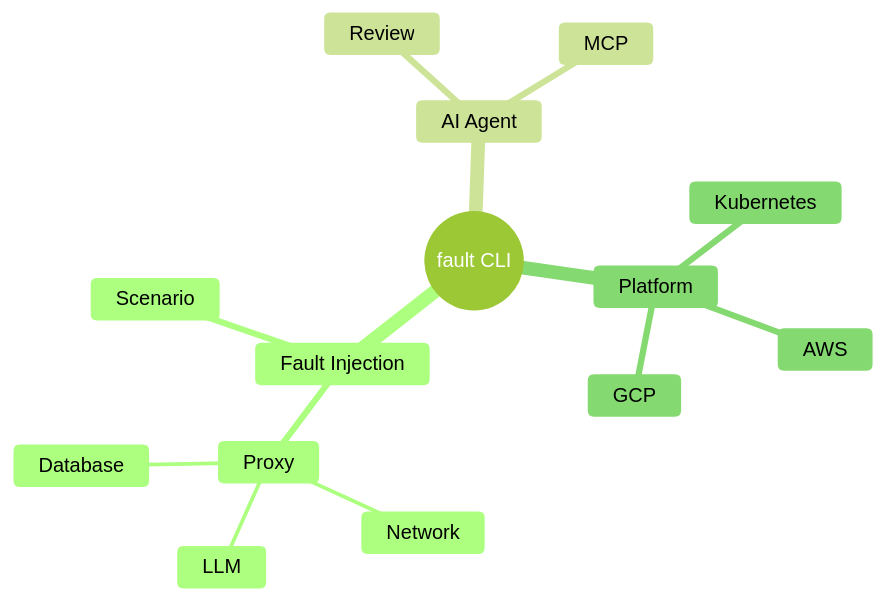
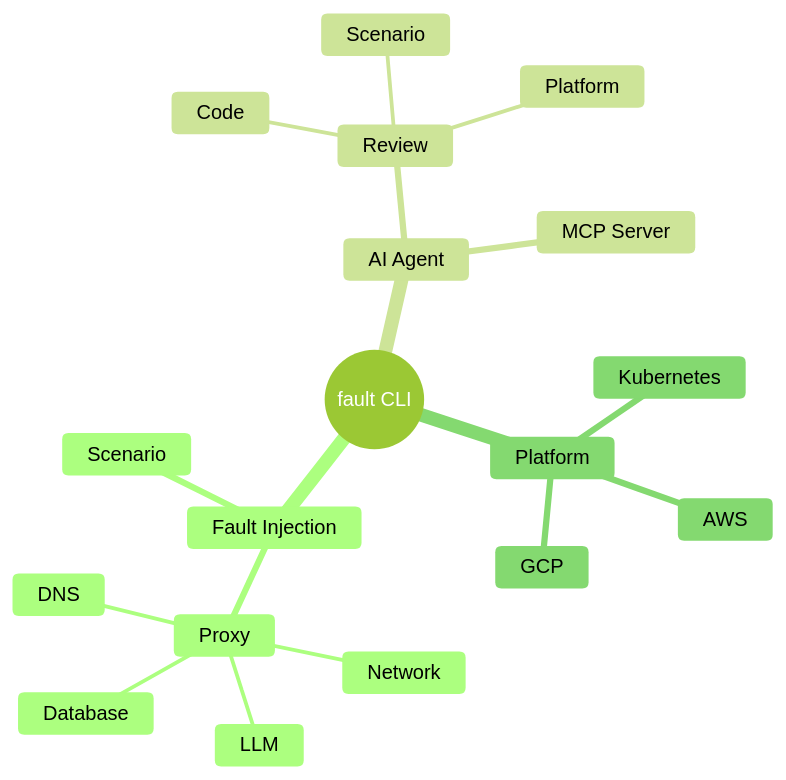
The diagram in docs/tutorials/tldr.md (fault-project/fault-www), drawn with Mermaid before and after one commit. The commit also changed other lines of this file, not shown here.

````diff
--- a/docs/tutorials/tldr.md
+++ b/docs/tutorials/tldr.md
@@ -16,21 +16,25 @@
 ```mermaid
 ---
 config:
   theme: 'forest'
 ---
 mindmap
   root((fault CLI))
     Fault Injection
       Proxy
         Network
         LLM
         Database
+        DNS
       Scenario
     AI Agent
       Review
-      MCP
+        Code
+        Scenario
+        Platform
+      MCP Server
     Platform
       Kubernetes
       AWS
       GCP
 ```
````
